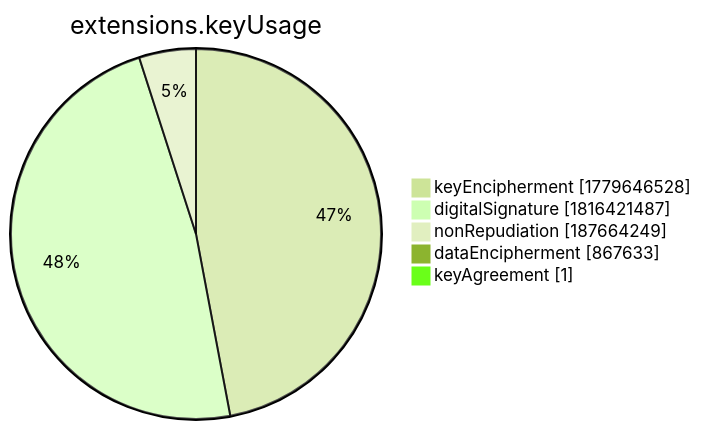
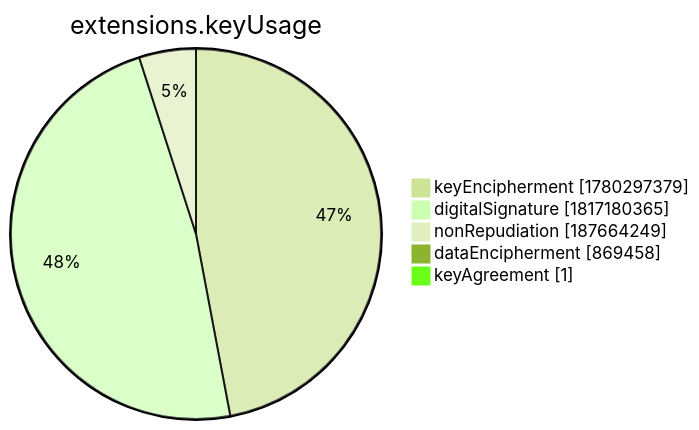
The seventh of 15 diagrams in xenon2022/README.md (christiankrug/ctmonitor_visualization), drawn with Mermaid (forest theme) before and after one commit. The commit also changed other lines of this file, not shown here.

````diff
--- a/xenon2022/README.md
+++ b/xenon2022/README.md
@@ -2859,9 +2859,9 @@
 ```mermaid
 pie showData
 title extensions.keyUsage
-"keyEncipherment" :1779646528
-"digitalSignature" :1816421487
+"keyEncipherment" :1780297379
+"digitalSignature" :1817180365
 "nonRepudiation" :187664249
-"dataEncipherment" :867633
+"dataEncipherment" :869458
 "keyAgreement" :1
 ```
````
